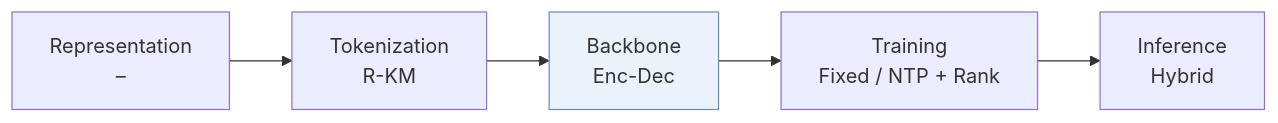
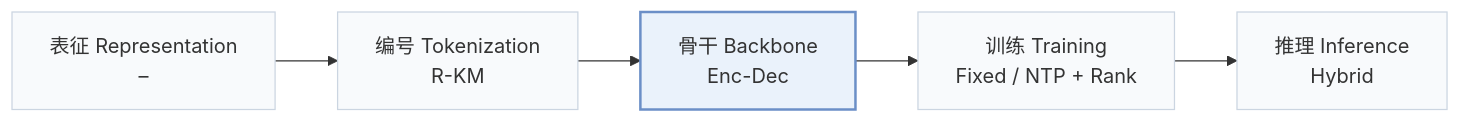
One commit to Galaxy-ghost/Awesome-SID-Generative-Rec changed the first of 2 diagrams in pages/zh/papers/gryphon.md. Above: the diagram before and after it, drawn with Mermaid. The commit also changed other lines of this file and 649 other files, not shown here.

Commit message:
writer-05: also tags and modality index (schema, check, build, visuals); summary field removed; calibration data for 12 papers

````diff
--- a/pages/zh/papers/gryphon.md
+++ b/pages/zh/papers/gryphon.md
@@ -13,6 +15,8 @@
 ```mermaid
 flowchart LR
-    R["Representation<br/>–"] --> T["Tokenization<br/>R-KM"] --> B["Backbone<br/>Enc-Dec"] --> TR["Training<br/>Fixed / NTP + Rank"] --> I["Inference<br/>Hybrid"]
-    classDef main fill:#eaf2fb,stroke:#6b8fc7
+    R["表征 Representation<br/>–"] --> T["编号 Tokenization<br/>R-KM"] --> B["骨干 Backbone<br/>Enc-Dec"] --> TR["训练 Training<br/>Fixed / NTP + Rank"] --> I["推理 Inference<br/>Hybrid"]
+    classDef base fill:#f8fafc,stroke:#cbd5e1
+    class R,T,B,TR,I base
+    classDef main fill:#eaf2fb,stroke:#6b8fc7,stroke-width:2px
     class B main
 ```
````
